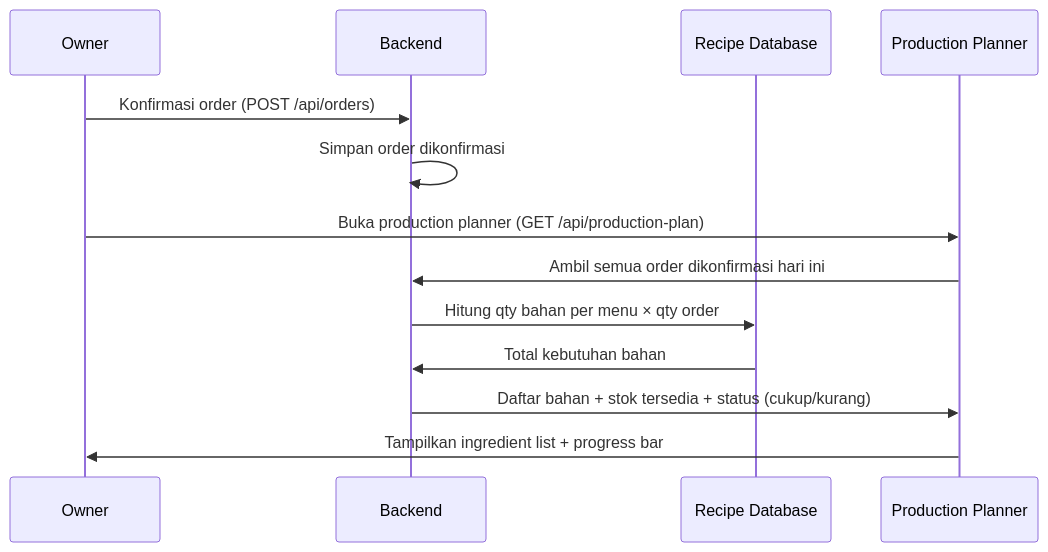
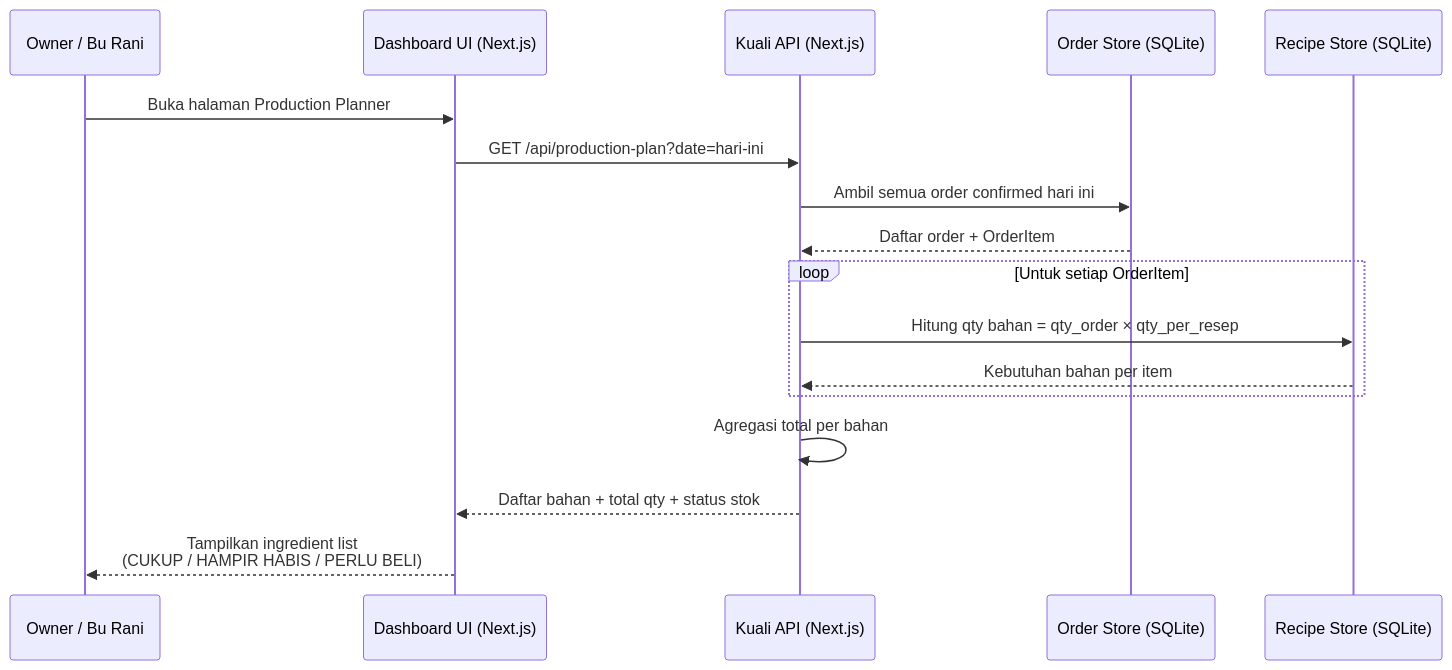
Before and after one commit to codezeros18/kuali: the third of 5 diagrams in docs/proposal/99_FINAL_PROPOSAL_SUBMISSION.md, drawn with Mermaid. The commit also changed other lines of this file and 12 other files, not shown here.

````diff
--- a/docs/proposal/99_FINAL_PROPOSAL_SUBMISSION.md
+++ b/docs/proposal/99_FINAL_PROPOSAL_SUBMISSION.md
@@ -413,16 +445,22 @@
 ```mermaid
 sequenceDiagram
-    participant Owner
-    participant Backend
-    participant RecipeDB as Recipe Database
-    participant Planner as Production Planner
+    participant Owner as Owner / Bu Rani
+    participant Dashboard as Dashboard UI (Next.js)
+    participant API as Kuali API (Next.js)
+    participant OrderDB as Order Store (SQLite)
+    participant RecipeDB as Recipe Store (SQLite)
 
-    Owner->>Backend: Konfirmasi order (POST /api/orders)
-    Backend->>Backend: Simpan order dikonfirmasi
-    Owner->>Planner: Buka production planner (GET /api/production-plan)
-    Planner->>Backend: Ambil semua order dikonfirmasi hari ini
-    Backend->>RecipeDB: Hitung qty bahan per menu × qty order
-    RecipeDB->>Backend: Total kebutuhan bahan
-    Backend->>Planner: Daftar bahan + stok tersedia + status (cukup/kurang)
-    Planner->>Owner: Tampilkan ingredient list + progress bar
+    Owner->>Dashboard: Buka halaman Production Planner
+    Dashboard->>API: GET /api/production-plan?date=hari-ini
+    API->>OrderDB: Ambil semua order confirmed hari ini
+    OrderDB-->>API: Daftar order + OrderItem
+
+    loop Untuk setiap OrderItem
+        API->>RecipeDB: Hitung qty bahan = qty_order × qty_per_resep
+        RecipeDB-->>API: Kebutuhan bahan per item
+    end
+
+    API->>API: Agregasi total per bahan
+    API-->>Dashboard: Daftar bahan + total qty + status stok
+    Dashboard-->>Owner: Tampilkan ingredient list<br/>(CUKUP / HAMPIR HABIS / PERLU BELI)
 ```
````
